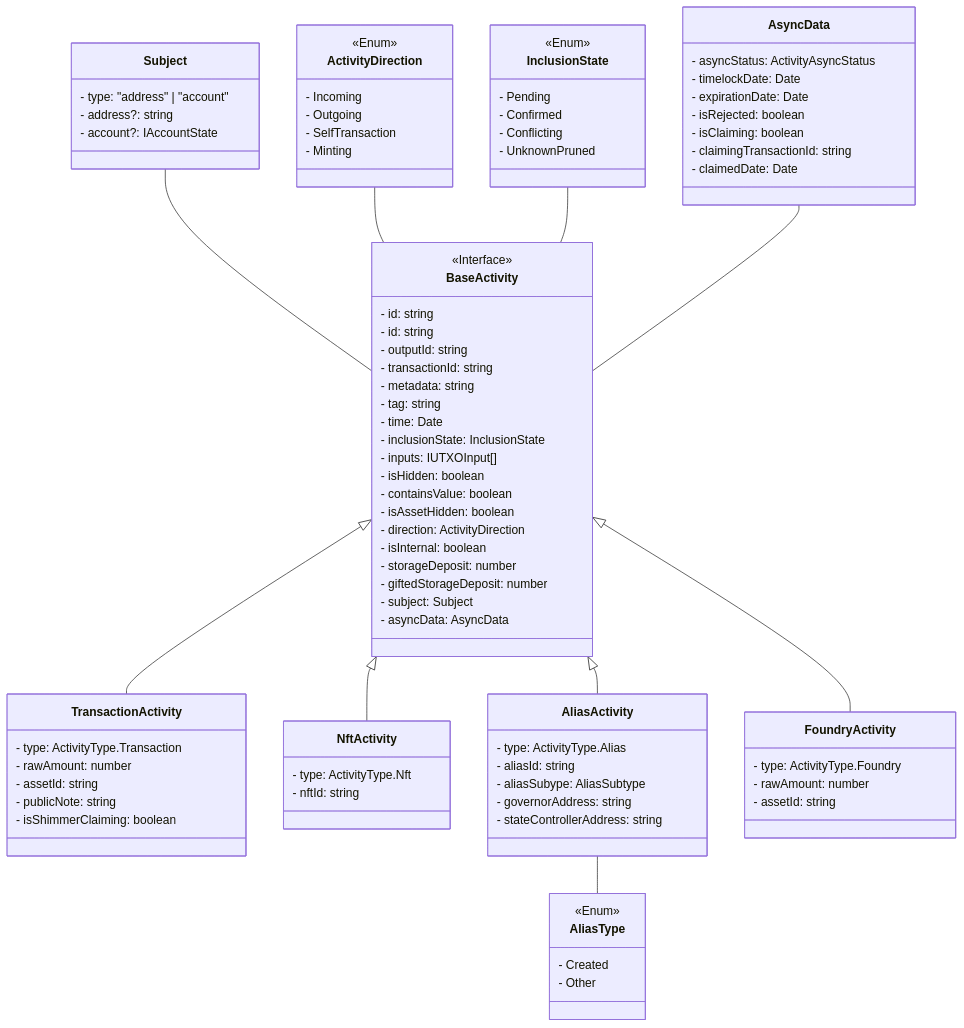
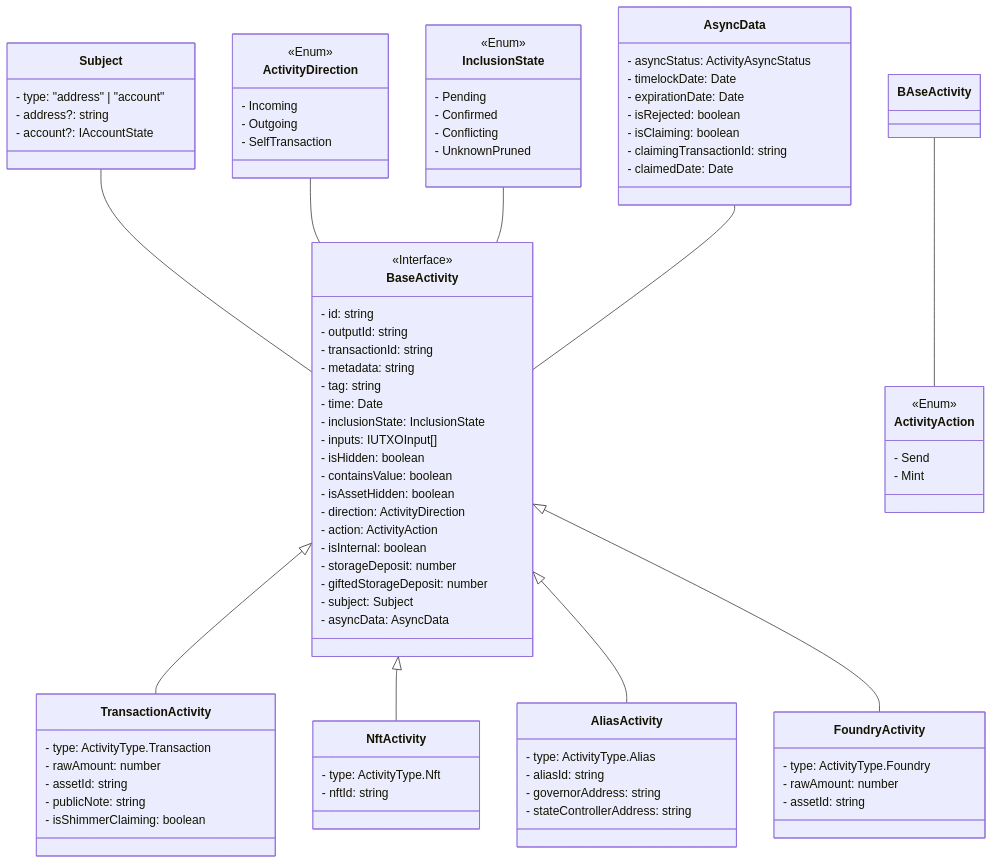
Before and after one commit to iotaledger/firefly: the diagram in docs/specifications/activities/class-diagram.md, drawn with Mermaid. The commit also changed 17 other files, not shown here.

Commit message:
refactor: add activity action

```diff
--- a/docs/specifications/activities/class-diagram.md
+++ b/docs/specifications/activities/class-diagram.md
@@ -16,10 +16,9 @@
     Base Activity <|-- Nft Activity
     Base Activity <|-- Alias Activity
     Base Activity <|-- Foundry Activity
-    Alias Activity -- Alias Type
+    BAse Activity -- Activity Action
     class Base Activity {
         <<Interface>>
-        - id: string
         - id: string
         - outputId: string
         - transactionId: string
@@ -32,6 +31,7 @@
         - containsValue: boolean
         - isAssetHidden: boolean
         - direction: ActivityDirection
+        - action: ActivityAction
         - isInternal: boolean
         - storageDeposit: number
         - giftedStorageDeposit: number
@@ -57,7 +57,6 @@
     class Alias Activity {
         - type: ActivityType.Alias
         - aliasId: string
-        - aliasSubype: AliasSubtype
         - governorAddress: string
         - stateControllerAddress: string
     }
@@ -71,12 +70,11 @@
         - Incoming
         - Outgoing
         - SelfTransaction
-        - Minting
     }
-    class Alias Type {
+    class Activity Action {
         <<Enum>>
-        - Created
-        - Other
+        - Send
+        - Mint
     }
     class Async Data {
         - asyncStatus: ActivityAsyncStatus
```
